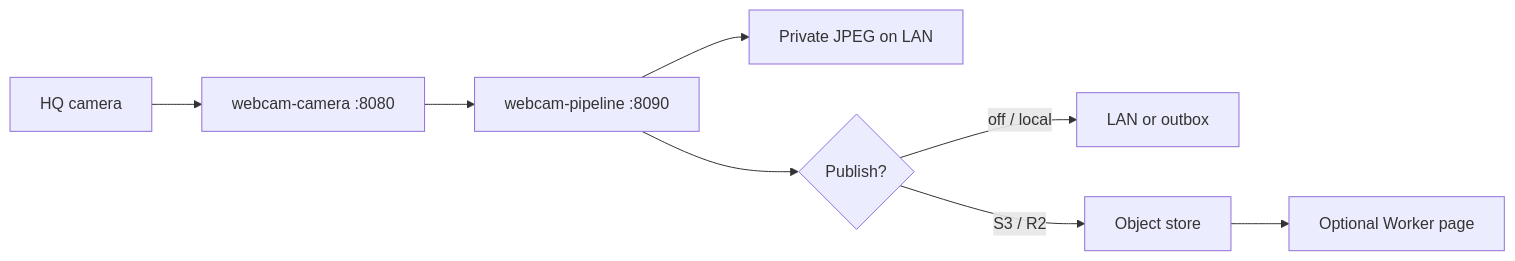
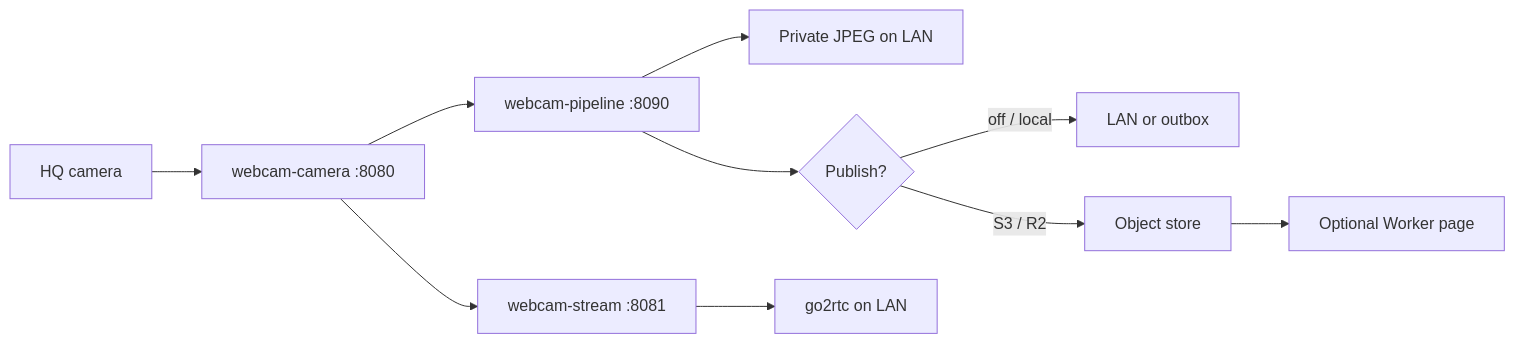
Before and after one commit to JavanXD/diy-home-webcam: the first of 2 diagrams in docs/diy/README.md, drawn with Mermaid. The commit also changed 46 other files, not shown here.

First line of the commit message:
Add LAN MJPEG Extra, System Info, and paste-ready go2rtc H264 for nearer-live home viewing.

````diff
--- a/docs/diy/README.md
+++ b/docs/diy/README.md
@@ -7,10 +7,12 @@
 ```mermaid
 flowchart LR
   cam[HQ camera] --> capture["webcam-camera :8080"]
   capture --> pipe["webcam-pipeline :8090"]
+  capture --> stream["webcam-stream :8081"]
   pipe --> private[Private JPEG on LAN]
   pipe --> public{Publish?}
   public -->|off / local| lanOnly[LAN or outbox]
   public -->|S3 / R2| bucket[Object store]
   bucket --> worker[Optional Worker page]
+  stream --> go2rtc[go2rtc on LAN]
 ```
````
